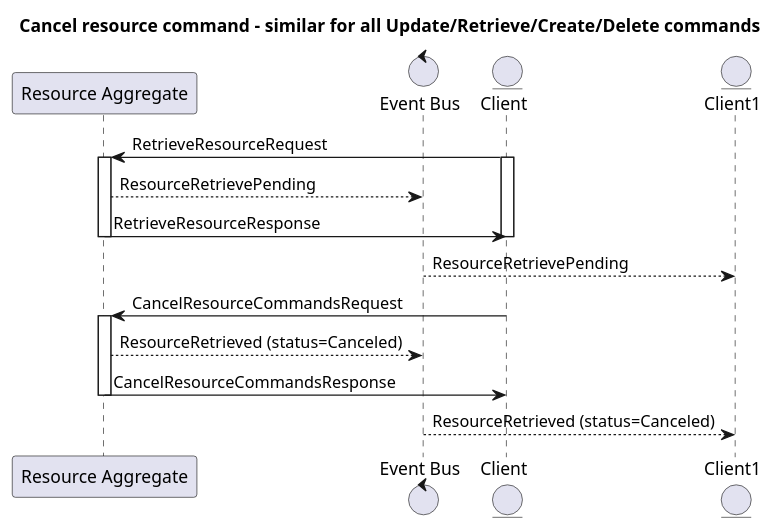
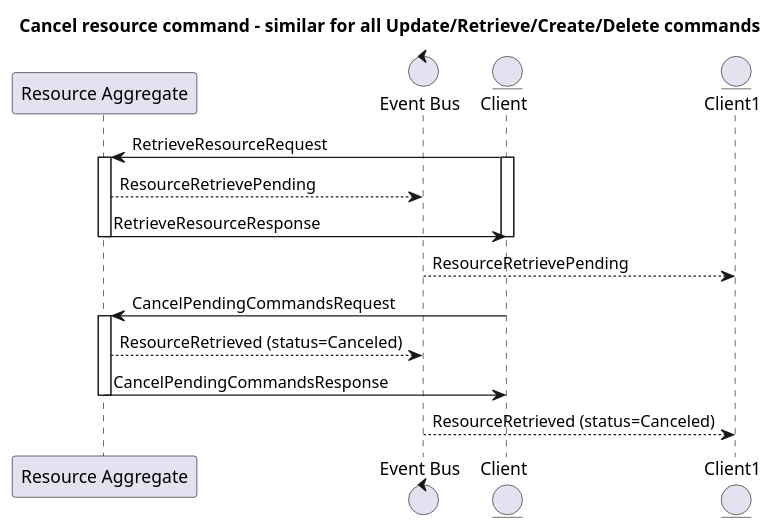
The ninth of 10 diagrams in resource-aggregate/.plantuml (plgd-dev/hub), drawn with PlantUML before and after one commit. The commit also changed other lines of this file and 39 other files, not shown here.

```diff
--- a/resource-aggregate/.plantuml
+++ b/resource-aggregate/.plantuml
@@ -242,25 +242,25 @@
 @startuml
 title "Cancel resource command - similar for all Update/Retrieve/Create/Delete commands"
 
 participant "Resource Aggregate" as ResourceAggregate
 control "Event Bus" as Bus
 entity "Client" as Client
 entity "Client1" as Client1
 
 Client -> ResourceAggregate : RetrieveResourceRequest
 activate Client
 activate ResourceAggregate
 ResourceAggregate --> Bus : ResourceRetrievePending
 ResourceAggregate -> Client : RetrieveResourceResponse
 deactivate ResourceAggregate
 deactivate Client
 Bus --> Client1 : ResourceRetrievePending
 
-Client -> ResourceAggregate : CancelResourceCommandsRequest
+Client -> ResourceAggregate : CancelPendingCommandsRequest
 activate ResourceAggregate
 ResourceAggregate --> Bus : ResourceRetrieved (status=Canceled)
-ResourceAggregate -> Client : CancelResourceCommandsResponse
+ResourceAggregate -> Client : CancelPendingCommandsResponse
 deactivate ResourceAggregate
 deactivate Client
 Bus --> Client1 : ResourceRetrieved (status=Canceled)
 @enduml
```
